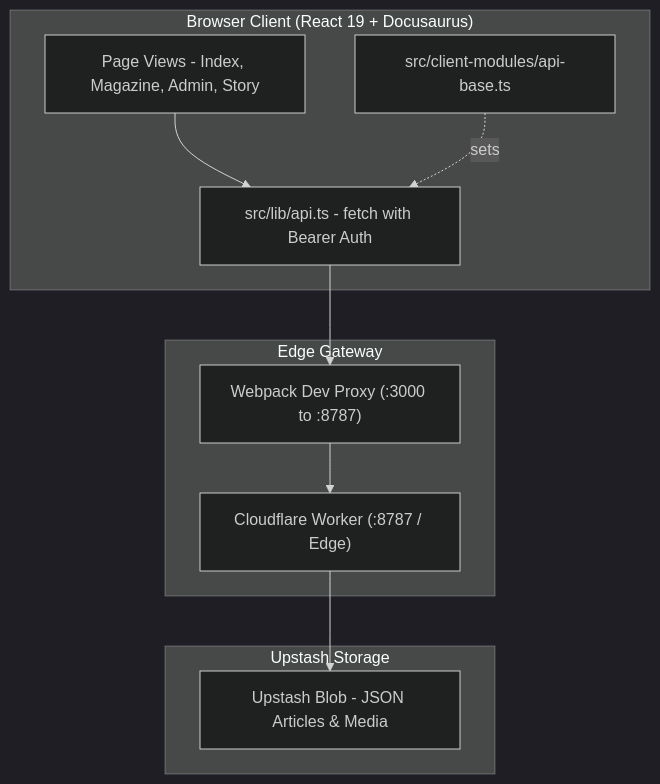
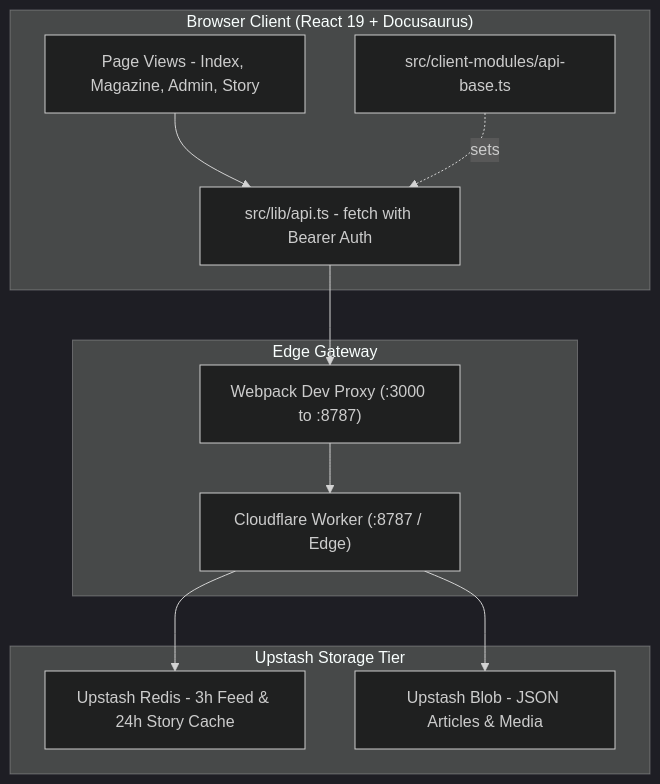
One commit to AmritSDutta/kalidass changed the diagram in docs/architecture.mdx. Above: the diagram before and after it, drawn with Mermaid (dark theme). The commit also changed 7 other files, not shown here.

````diff
--- a/docs/architecture.mdx
+++ b/docs/architecture.mdx
@@ -12,20 +12,22 @@
 ```mermaid
 flowchart TD
   subgraph Client["Browser Client (React 19 + Docusaurus)"]
     Pages["Page Views - Index, Magazine, Admin, Story"]
     LibAPI["src/lib/api.ts - fetch with Bearer Auth"]
     ClientMod["src/client-modules/api-base.ts"]
   end
   subgraph Gateway["Edge Gateway"]
     Proxy["Webpack Dev Proxy (:3000 to :8787)"]
     Worker["Cloudflare Worker (:8787 / Edge)"]
   end
-  subgraph Storage["Upstash Storage"]
+  subgraph Storage["Upstash Storage Tier"]
+    UpstashRedis["Upstash Redis - 3h Feed & 24h Story Cache"]
     UpstashBlob["Upstash Blob - JSON Articles & Media"]
   end
   Pages --> LibAPI
   ClientMod -. sets .-> LibAPI
   LibAPI --> Proxy
   Proxy --> Worker
+  Worker --> UpstashRedis
   Worker --> UpstashBlob
 ```
````
